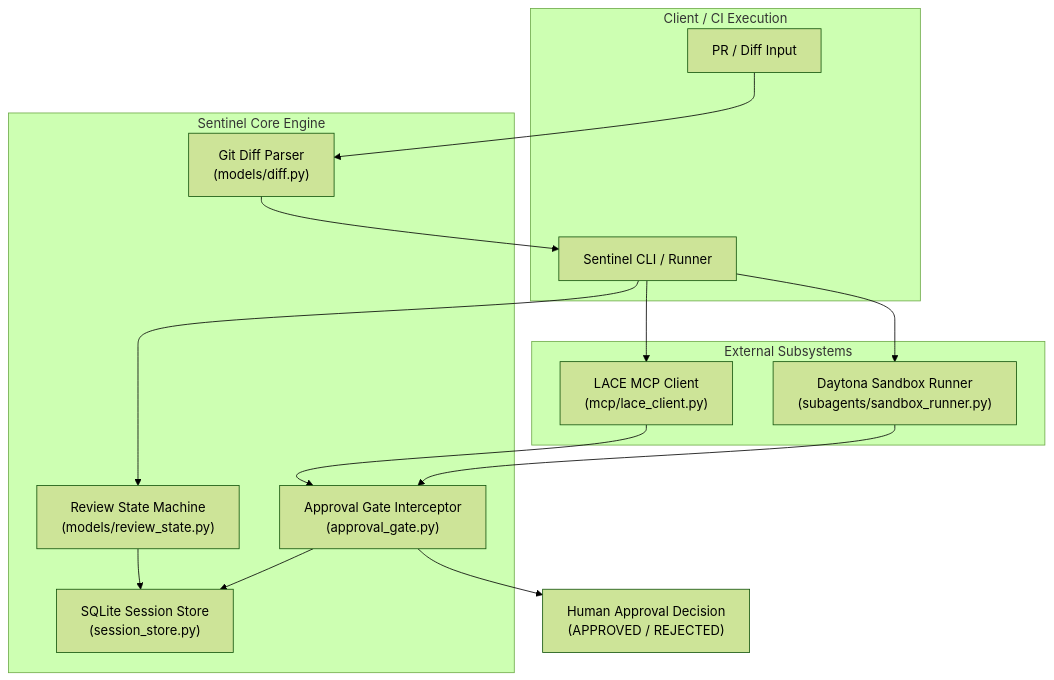
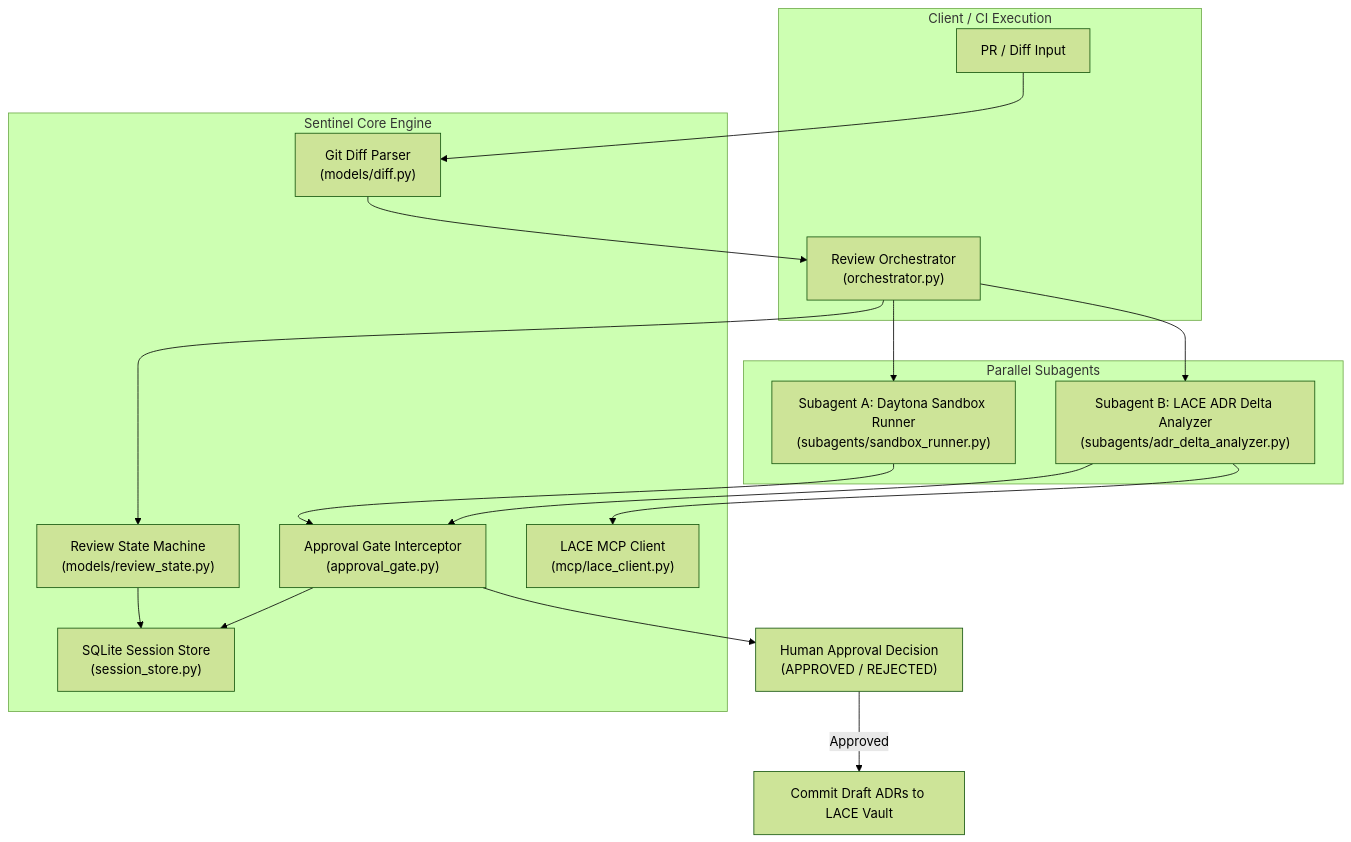
One commit to AayushM0/sentinel changed the diagram in README.md. Above: the diagram before and after it, drawn with Mermaid (forest theme). The commit also changed other lines of this file and 1 other file, not shown here.

Commit message:
docs(readme): synchronize architecture diagram and runbooks with Phase 4 subagents

````diff
--- a/README.md
+++ b/README.md
@@ -9,30 +9,33 @@
 ```mermaid
 flowchart TD
     subgraph Client ["Client / CI Execution"]
         PR["PR / Diff Input"]
-        CLI["Sentinel CLI / Runner"]
+        Orch["Review Orchestrator\n(orchestrator.py)"]
+    end
+
+    subgraph Subagents ["Parallel Subagents"]
+        Daytona["Subagent A: Daytona Sandbox Runner\n(subagents/sandbox_runner.py)"]
+        ADR["Subagent B: LACE ADR Delta Analyzer\n(subagents/adr_delta_analyzer.py)"]
     end
 
     subgraph Core ["Sentinel Core Engine"]
         DiffParser["Git Diff Parser\n(models/diff.py)"]
         FSM["Review State Machine\n(models/review_state.py)"]
         Store["SQLite Session Store\n(session_store.py)"]
         Gate["Approval Gate Interceptor\n(approval_gate.py)"]
-    end
-
-    subgraph Integrations ["External Subsystems"]
         LACE["LACE MCP Client\n(mcp/lace_client.py)"]
-        Daytona["Daytona Sandbox Runner\n(subagents/sandbox_runner.py)"]
     end
 
     PR --> DiffParser
-    DiffParser --> CLI
-    CLI --> FSM
+    DiffParser --> Orch
+    Orch --> FSM
     FSM --> Store
-    CLI --> LACE
-    CLI --> Daytona
-    LACE --> Gate
+    Orch --> Daytona
+    Orch --> ADR
+    ADR --> LACE
     Daytona --> Gate
+    ADR --> Gate
     Gate --> Store
     Gate --> Decision["Human Approval Decision\n(APPROVED / REJECTED)"]
+    Decision -->|Approved| LACECommit["Commit Draft ADRs to LACE Vault"]
 ```
````
